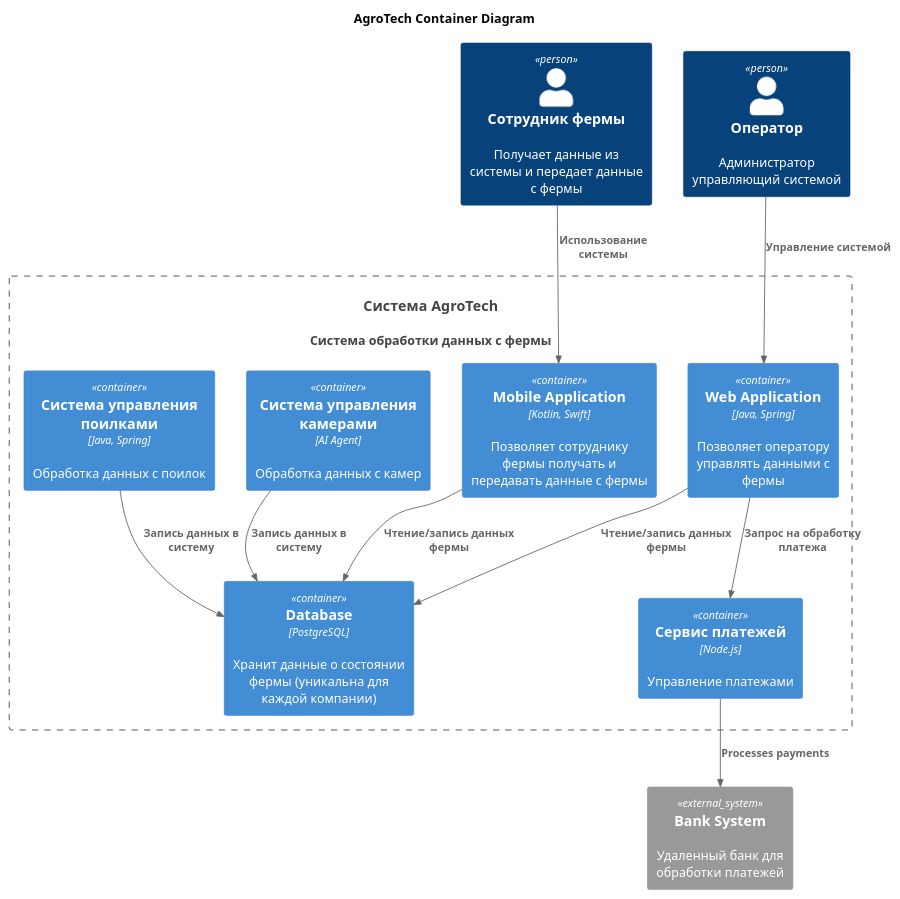
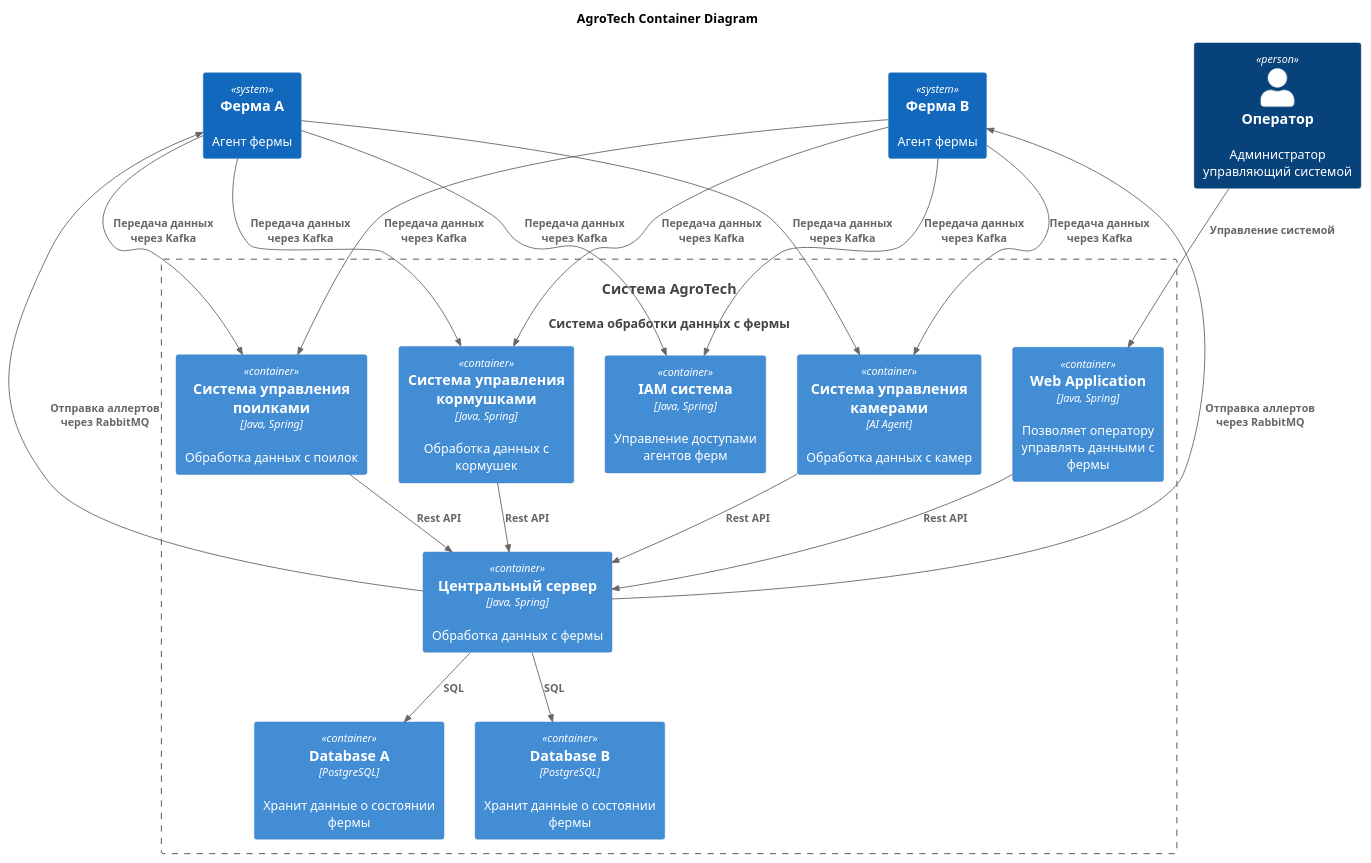
One commit to ChechelevNF/MSA-AgroTech changed the diagram in Task5/Container.puml. Above: the diagram before and after it, drawn with PlantUML. The commit also changed 4 other files, not shown here.

Commit message:
Изменил диаграммы для SaaS решения

```diff
--- a/Task5/Container.puml
+++ b/Task5/Container.puml
@@ -1,34 +1,43 @@
 @startuml
 title AgroTech Container Diagram
 
 top to bottom direction
 
 !includeurl https://raw.githubusercontent.com/RicardoNiepel/C4-PlantUML/master/C4_Component.puml
 
-Person(rancher, "Сотрудник фермы", "Получает данные из системы и передает данные с фермы")
 Person(operator, "Оператор", "Администратор управляющий системой ")
 System(AgroTechSystem, "Система AgroTech", "Система обработки данных с фермы")
+System(Farm, "Ферма A", "Агент фермы")
+System(FarmB, "Ферма B", "Агент фермы")
 
 Container_Boundary(AgroTechSystem, "Система AgroTech") {
   Container(WebApp, "Web Application", "Java, Spring", "Позволяет оператору управлять данными с фермы")
-  Container(MobileApp, "Mobile Application", "Kotlin, Swift", "Позволяет сотруднику фермы получать и передавать данные с фермы")
-  Container(Database, "Database", "PostgreSQL", "Хранит данные о состоянии фермы (уникальна для каждой компании)")
+  Container(Database, "Database A", "PostgreSQL", "Хранит данные о состоянии фермы")
+  Container(DatabaseB, "Database B", "PostgreSQL", "Хранит данные о состоянии фермы")
   Container(CameraSystem, "Система управления камерами", "AI Agent", "Обработка данных с камер")
   Container(DrinkingSystem, "Система управления поилками", "Java, Spring", "Обработка данных с поилок")
-  Container(PaymentService, "Сервис платежей", "Node.js", "Управление платежами")
-
+  Container(CentralServer, "Центральный сервер", "Java, Spring", "Обработка данных с фермы")
+  Container(FeedingSystem, "Система управления кормушками", "Java, Spring", "Обработка данных с кормушек")
+  Container(IAMSystem, "IAM система", "Java, Spring", "Управление доступами агентов ферм")
 }
 
-System_Ext(bank, "Bank System", "Удаленный банк для обработки платежей")
-
-Rel(rancher, MobileApp, "Использование системы")
-Rel(CameraSystem, Database, "Запись данных в систему")
+Rel(CameraSystem, CentralServer, "Rest API")
 Rel(operator,WebApp,"Управление системой")
-Rel(MobileApp, Database, "Чтение/запись данных фермы")
-Rel(WebApp, Database, "Чтение/запись данных фермы")
-Rel(DrinkingSystem, Database, "Запись данных в систему")
-Rel(WebApp, PaymentService, "Запрос на обработку платежа")
-Rel(PaymentService,bank,"Processes payments")
+Rel(WebApp, CentralServer, "Rest API")
+Rel(DrinkingSystem, CentralServer, "Rest API")
+Rel(CentralServer, Database, "SQL")
+Rel(CentralServer, DatabaseB, "SQL")
+Rel(FeedingSystem, CentralServer, "Rest API")
+Rel(Farm, DrinkingSystem, "Передача данных через Kafka")
+Rel(Farm, FeedingSystem, "Передача данных через Kafka")
+Rel(Farm, CameraSystem, "Передача данных через Kafka")
+Rel(Farm, IAMSystem, "Передача данных через Kafka")
+Rel(CentralServer, Farm, "Отправка аллертов через RabbitMQ")
+Rel(FarmB, DrinkingSystem, "Передача данных через Kafka")
+Rel(FarmB, FeedingSystem, "Передача данных через Kafka")
+Rel(FarmB, CameraSystem, "Передача данных через Kafka")
+Rel(FarmB, IAMSystem, "Передача данных через Kafka")
+Rel(CentralServer, FarmB, "Отправка аллертов через RabbitMQ")
 
 
 @enduml
```
